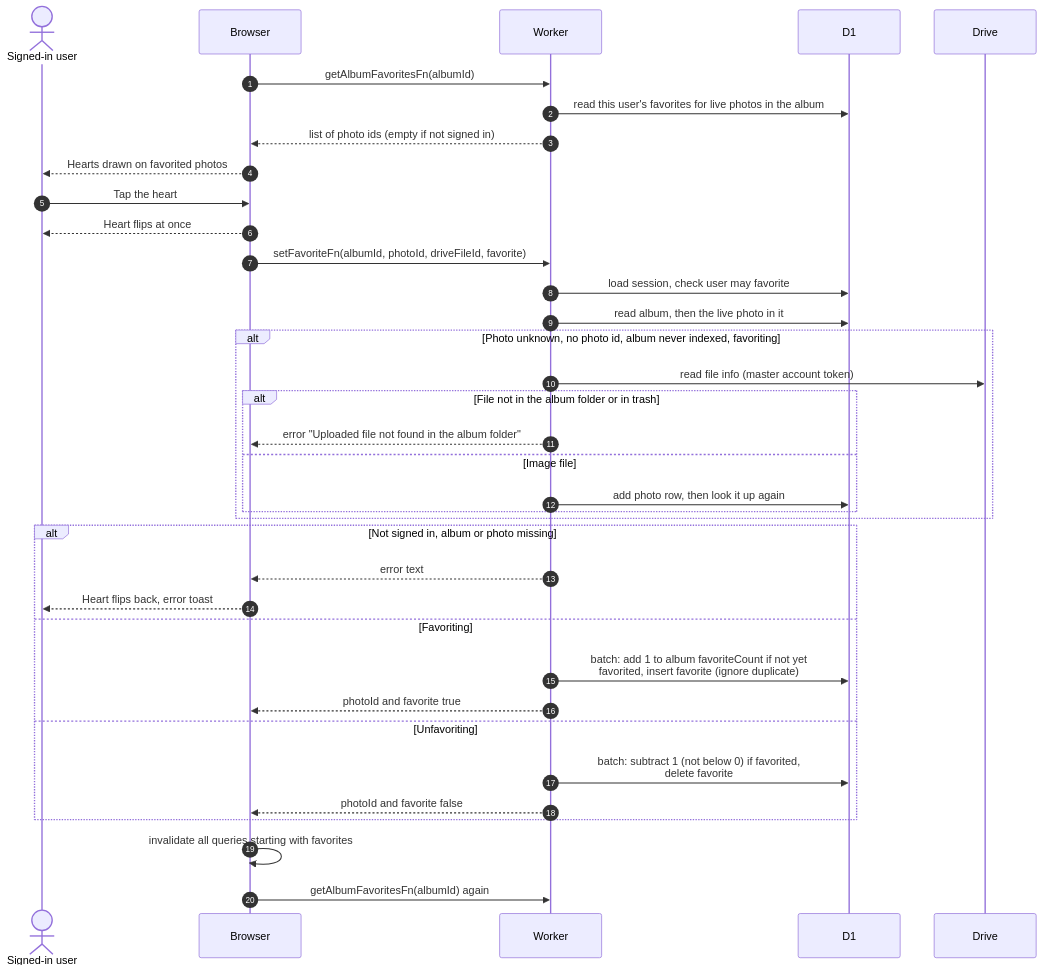
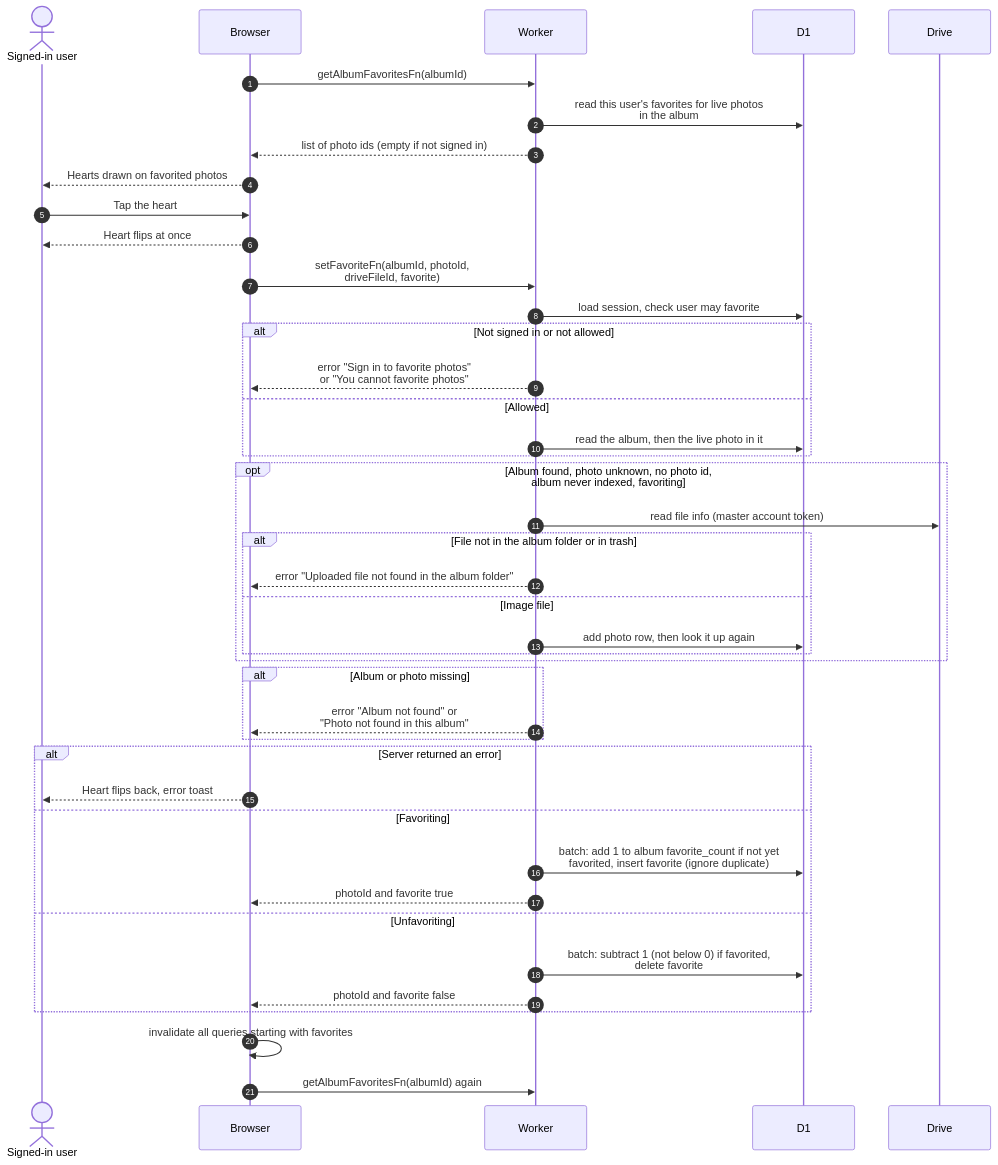
Before and after one commit to sagyzdop/meriksirat: the diagram in docs/scenarios/equipment/toggle-favorite.md, drawn with Mermaid. The commit also changed other lines of this file and 10 other files, not shown here.

Commit message:
docs(scenarios): verify equipment diagrams against the code

````diff
--- a/docs/scenarios/equipment/toggle-favorite.md
+++ b/docs/scenarios/equipment/toggle-favorite.md
@@ -30,38 +39,44 @@
 ```mermaid
 sequenceDiagram
     autonumber
     actor U as Signed-in user
     participant B as Browser
     participant W as Worker
     participant D as D1
     participant G as Drive
     B->>W: getAlbumFavoritesFn(albumId)
-    W->>D: read this user's favorites for live photos in the album
+    W->>D: read this user's favorites for live photos<br/>in the album
     W-->>B: list of photo ids (empty if not signed in)
     B-->>U: Hearts drawn on favorited photos
     U->>B: Tap the heart
     B-->>U: Heart flips at once
-    B->>W: setFavoriteFn(albumId, photoId, driveFileId, favorite)
+    B->>W: setFavoriteFn(albumId, photoId,<br/>driveFileId, favorite)
     W->>D: load session, check user may favorite
-    W->>D: read album, then the live photo in it
-    alt Photo unknown, no photo id, album never indexed, favoriting
+    alt Not signed in or not allowed
+        W-->>B: error "Sign in to favorite photos"<br/>or "You cannot favorite photos"
+    else Allowed
+        W->>D: read the album, then the live photo in it
+    end
+    opt Album found, photo unknown, no photo id,<br/>album never indexed, favoriting
         W->>G: read file info (master account token)
         alt File not in the album folder or in trash
             W-->>B: error "Uploaded file not found in the album folder"
         else Image file
             W->>D: add photo row, then look it up again
         end
     end
-    alt Not signed in, album or photo missing
-        W-->>B: error text
+    alt Album or photo missing
+        W-->>B: error "Album not found" or<br/>"Photo not found in this album"
+    end
+    alt Server returned an error
         B-->>U: Heart flips back, error toast
     else Favoriting
-        W->>D: batch: add 1 to album favoriteCount if not yet<br/>favorited, insert favorite (ignore duplicate)
+        W->>D: batch: add 1 to album favorite_count if not yet<br/>favorited, insert favorite (ignore duplicate)
         W-->>B: photoId and favorite true
     else Unfavoriting
         W->>D: batch: subtract 1 (not below 0) if favorited,<br/>delete favorite
         W-->>B: photoId and favorite false
     end
     B->>B: invalidate all queries starting with favorites
     B->>W: getAlbumFavoritesFn(albumId) again
 ```
````
